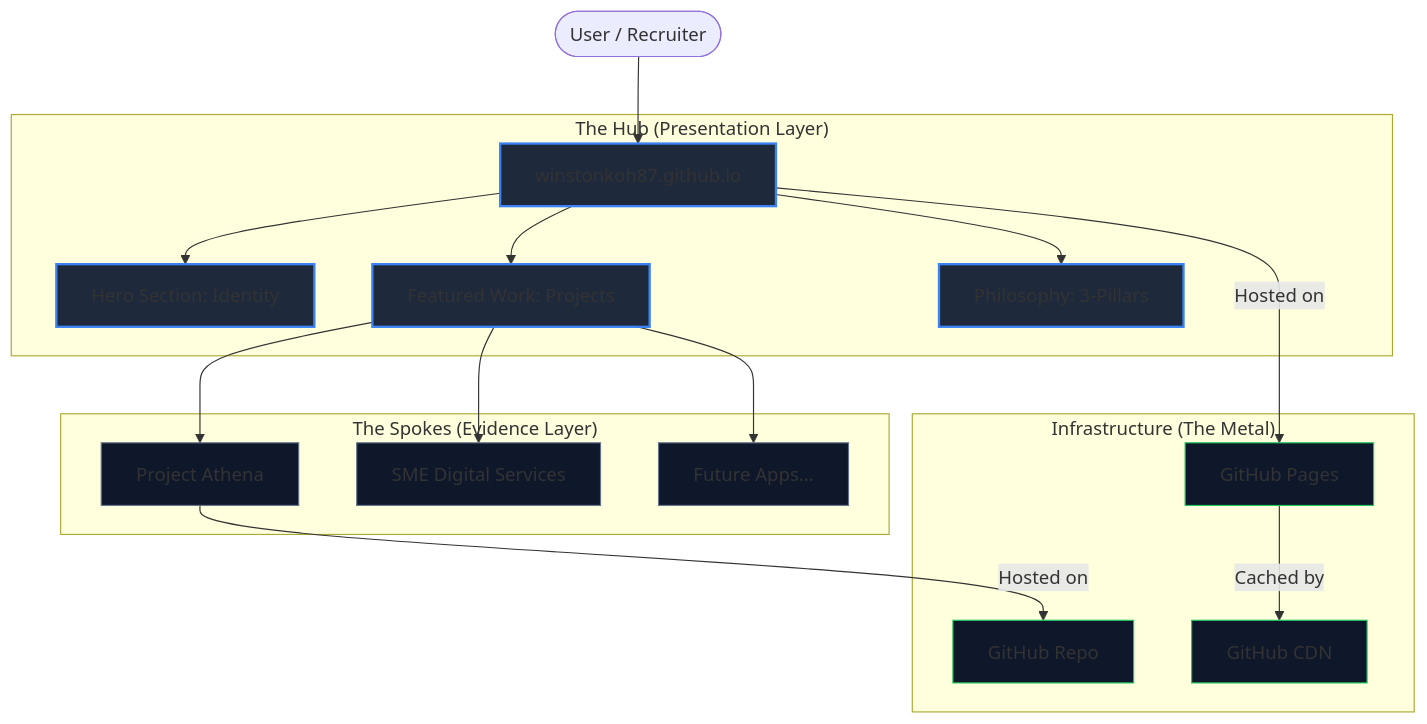
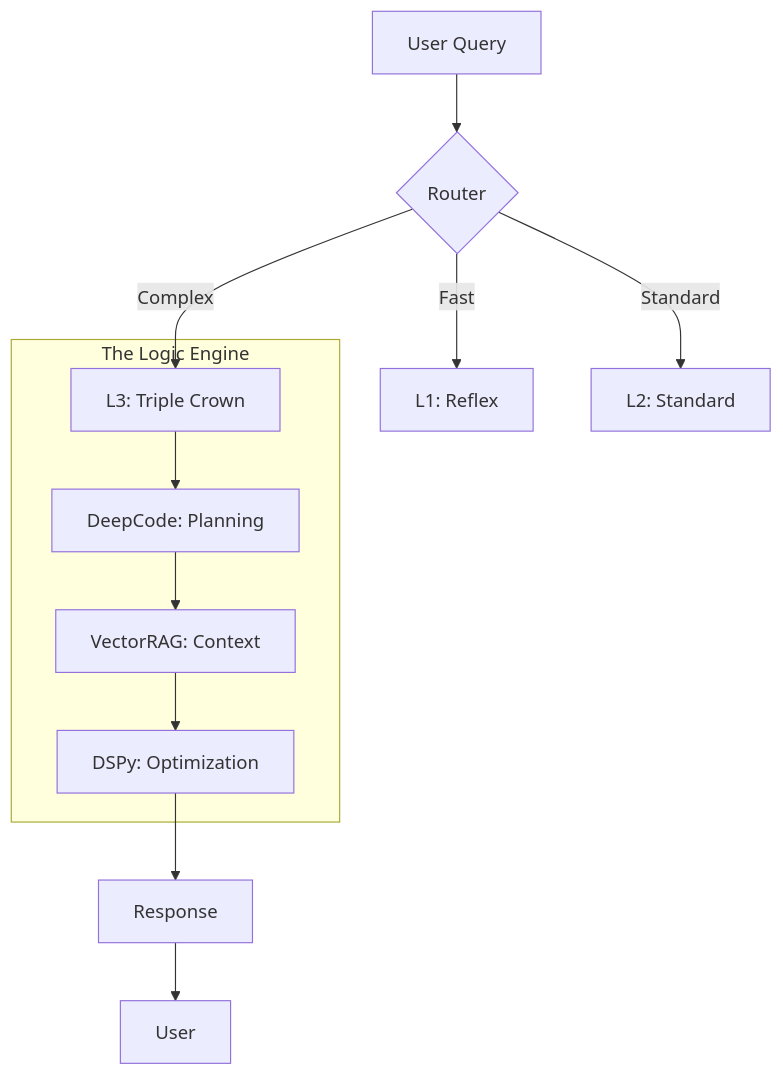
The third of 3 diagrams in docs/ARCHITECTURE.md (winstonkoh87/winstonkoh87.github.io), drawn with Mermaid before and after one commit. The commit also changed other lines of this file and 15 other files, not shown here.

````diff
--- a/docs/ARCHITECTURE.md
+++ b/docs/ARCHITECTURE.md
@@ -8,30 +169,16 @@
 ```mermaid
 graph TD
-    User([User / Recruiter]) --> Hub[winstonkoh87.github.io]
+    A[User Query] --> B{Router}
+    B -->|Fast| C[L1: Reflex]
+    B -->|Standard| D[L2: Standard]
+    B -->|Complex| E[L3: Triple Crown]
     
-    subgraph "The Hub (Presentation Layer)"
-        Hub --> Hero[Hero Section: Identity]
-        Hub --> Projects[Featured Work: Projects]
-        Hub --> Pillars[Philosophy: 3-Pillars]
+    subgraph TripleCrown [The Logic Engine]
+        E --> F[DeepCode: Planning]
+        F --> G[VectorRAG: Context]
+        G --> H[DSPy: Optimization]
     end
     
-    subgraph "The Spokes (Evidence Layer)"
-        Projects --> Athena[Project Athena]
-        Projects --> SMEServices[SME Digital Services]
-        Projects --> Future[Future Apps...]
-    end
-    
-    subgraph "Infrastructure (The Metal)"
-        Athena -->|Hosted on| GitHub[GitHub Repo]
-        Hub -->|Hosted on| Pages[GitHub Pages]
-        Pages -->|Cached by| Fastly[GitHub CDN]
-    end
-
-    classDef hub fill:#1e293b,stroke:#3b82f6,stroke-width:2px;
-    classDef spoke fill:#0f172a,stroke:#64748b,stroke-width:1px;
-    classDef infra fill:#0f172a,stroke:#22c55e,stroke-width:1px;
-    
-    class Hub,Hero,Projects,Pillars hub;
-    class Athena,SMEServices,Future spoke;
-    class GitHub,Pages,Fastly infra;
+    H --> I[Response]
+    I --> J[User]
 ```
````
